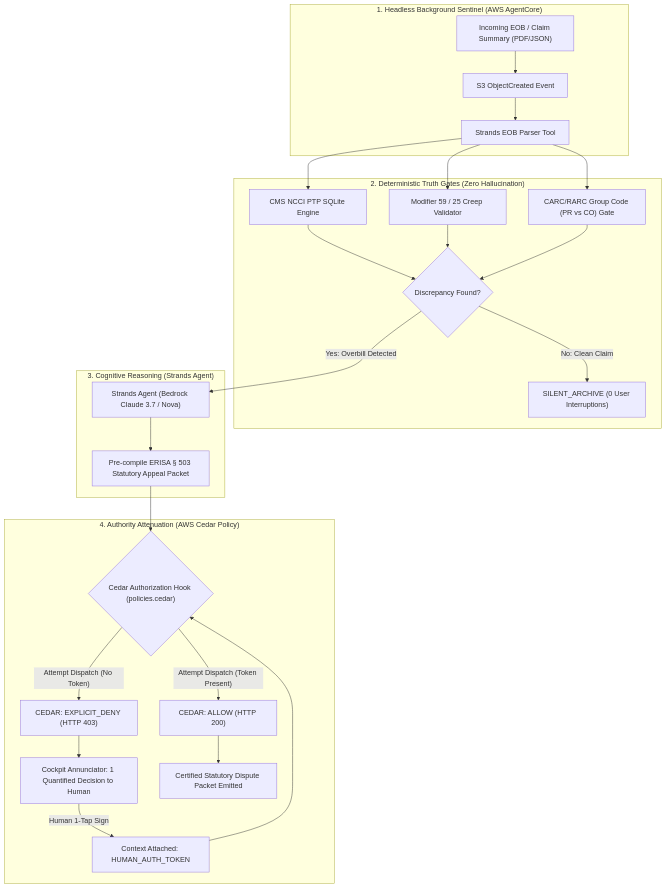
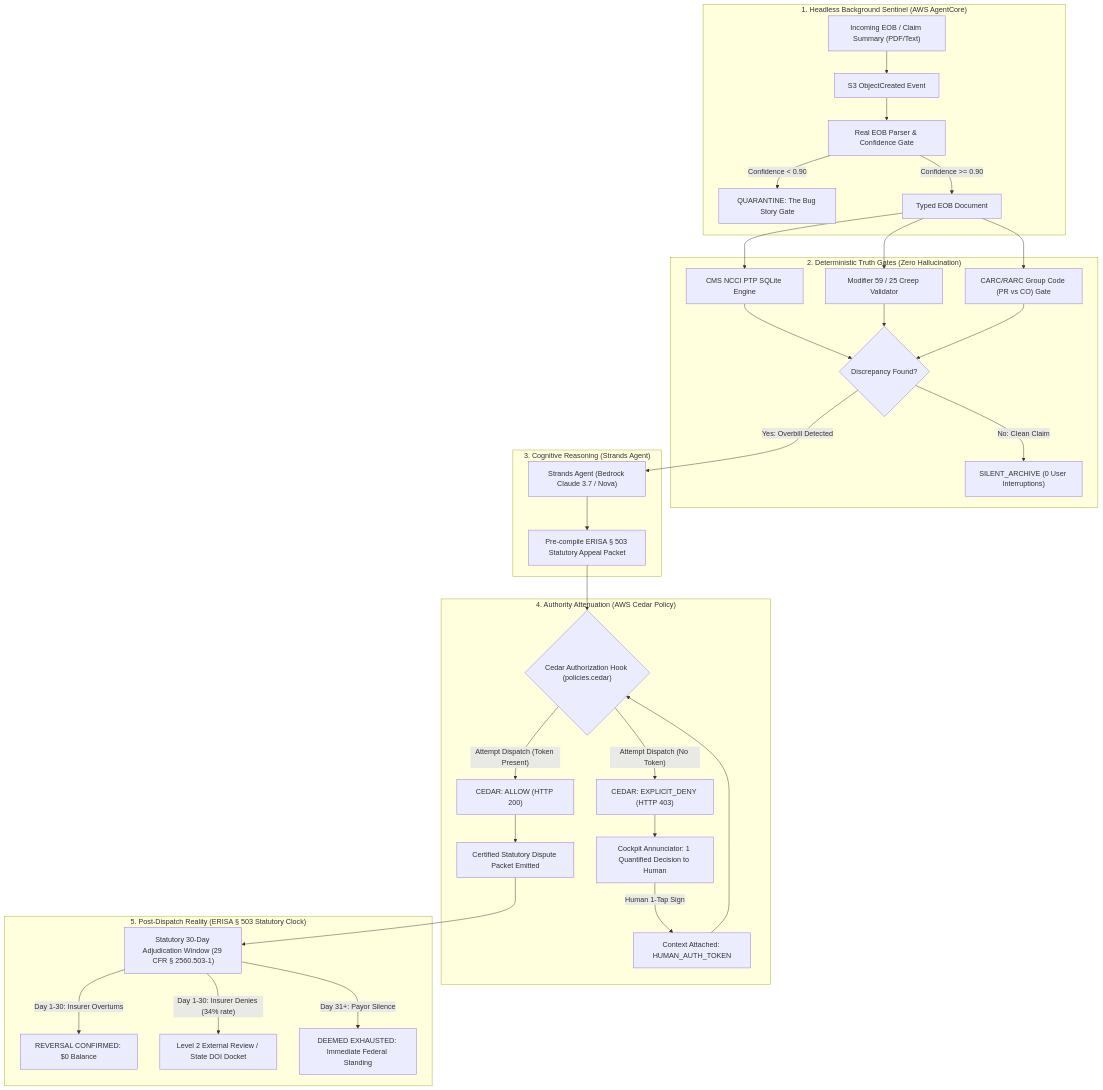
Before and after one commit to GreatSage-dev/unbundle: the diagram in README.md, drawn with Mermaid. The commit also changed other lines of this file and 10 other files, not shown here.

Commit message:
feat(deltr): implement ERISA 503 statutory clock, real EOB parser with bug story gate, and cockpit annunciator UI

````diff
--- a/README.md
+++ b/README.md
@@ -32,30 +33,39 @@
 ```mermaid
 flowchart TD
     subgraph INGEST ["1. Headless Background Sentinel (AWS AgentCore)"]
-        A["Incoming EOB / Claim Summary (PDF/JSON)"] --> B["S3 ObjectCreated Event"]
-        B --> C["Strands EOB Parser Tool"]
+        A["Incoming EOB / Claim Summary (PDF/Text)"] --> B["S3 ObjectCreated Event"]
+        B --> C["Real EOB Parser & Confidence Gate"]
+        C -- "Confidence < 0.90" --> C1["QUARANTINE: The Bug Story Gate"]
+        C -- "Confidence >= 0.90" --> C2["Typed EOB Document"]
     end
 
     subgraph AUDIT ["2. Deterministic Truth Gates (Zero Hallucination)"]
-        C --> D["CMS NCCI PTP SQLite Engine"]
-        C --> E["Modifier 59 / 25 Creep Validator"]
-        C --> F["CARC/RARC Group Code (PR vs CO) Gate"]
+        C2 --> D["CMS NCCI PTP SQLite Engine"]
+        C2 --> E["Modifier 59 / 25 Creep Validator"]
+        C2 --> F["CARC/RARC Group Code (PR vs CO) Gate"]
         D & E & F --> G{"Discrepancy Found?"}
         G -- "No: Clean Claim" --> H["SILENT_ARCHIVE (0 User Interruptions)"]
     end
 
     subgraph COGNITIVE ["3. Cognitive Reasoning (Strands Agent)"]
         G -- "Yes: Overbill Detected" --> I["Strands Agent (Bedrock Claude 3.7 / Nova)"]
         I --> J["Pre-compile ERISA § 503 Statutory Appeal Packet"]
     end
 
     subgraph CEDAR_GATE ["4. Authority Attenuation (AWS Cedar Policy)"]
         J --> K{"Cedar Authorization Hook (policies.cedar)"}
         K -- "Attempt Dispatch (No Token)" --> L["CEDAR: EXPLICIT_DENY (HTTP 403)"]
         L --> M["Cockpit Annunciator: 1 Quantified Decision to Human"]
         M -->|Human 1-Tap Sign| N["Context Attached: HUMAN_AUTH_TOKEN"]
         N --> K
         K -- "Attempt Dispatch (Token Present)" --> O["CEDAR: ALLOW (HTTP 200)"]
         O --> P["Certified Statutory Dispute Packet Emitted"]
     end
+
+    subgraph LIFECYCLE ["5. Post-Dispatch Reality (ERISA § 503 Statutory Clock)"]
+        P --> Q["Statutory 30-Day Adjudication Window (29 CFR § 2560.503-1)"]
+        Q -- "Day 1-30: Insurer Overturns" --> R["REVERSAL CONFIRMED: $0 Balance"]
+        Q -- "Day 1-30: Insurer Denies (34% rate)" --> S["Level 2 External Review / State DOI Docket"]
+        Q -- "Day 31+: Payor Silence" --> T["DEEMED EXHAUSTED: Immediate Federal Standing"]
+    end
 ```
````
